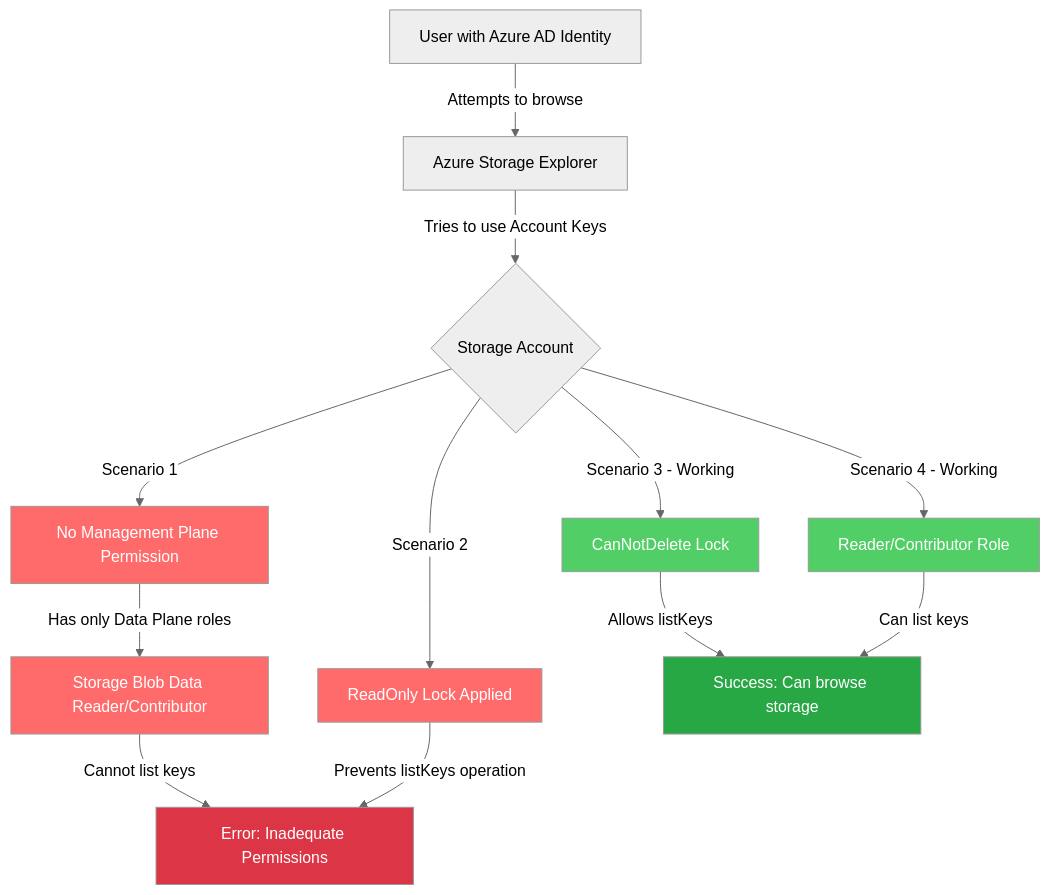
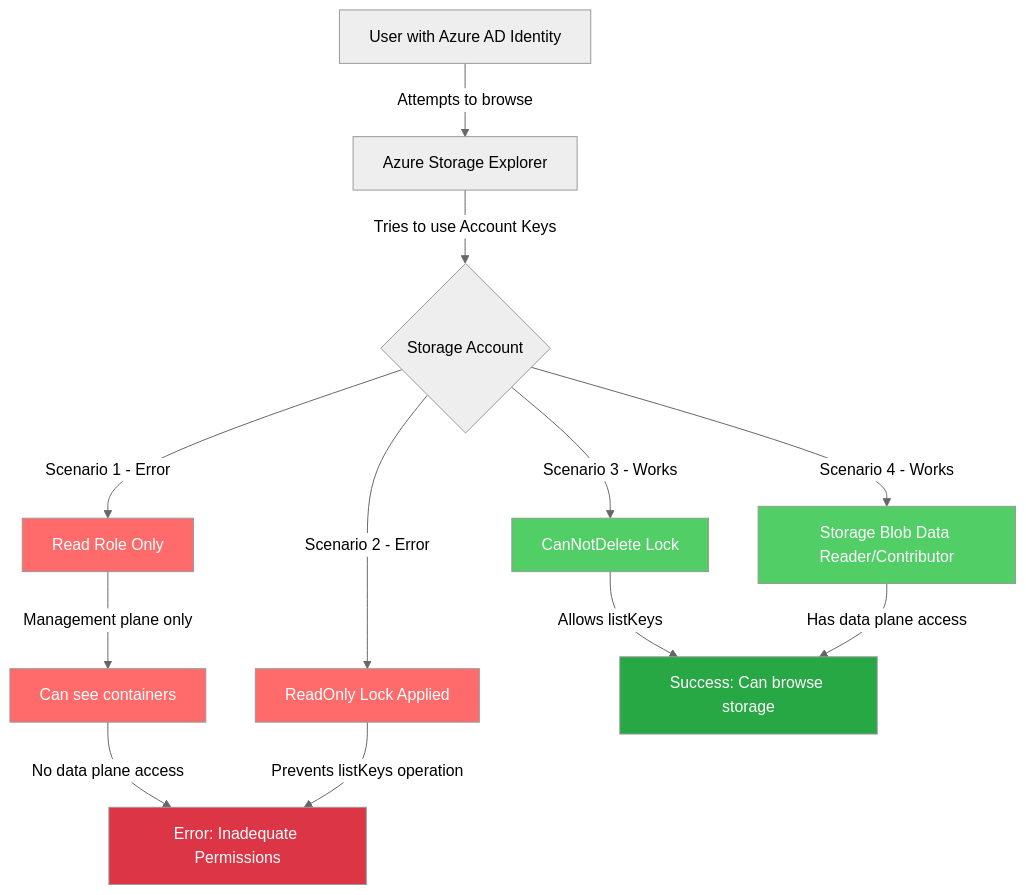
One commit to Greg-T8/LearningAzure changed the diagram in AZ-104/hands-on-labs/storage/lab-storage-explorer-permissions/README.md. Above: the diagram before and after it, drawn with Mermaid (neutral theme). The commit also changed other lines of this file and 6 other files, not shown here.

First line of the commit message:
Add images and enhance README for Azure Storage Explorer permissions lab

````diff
--- a/AZ-104/hands-on-labs/storage/lab-storage-explorer-permissions/README.md
+++ b/AZ-104/hands-on-labs/storage/lab-storage-explorer-permissions/README.md
@@ -46,27 +55,27 @@
 ```mermaid
 graph TD
     A[User with Azure AD Identity] -->|Attempts to browse| B[Azure Storage Explorer]
     B -->|Tries to use Account Keys| C{Storage Account}
     
-    C -->|Scenario 1| D[No Management Plane Permission]
-    C -->|Scenario 2| E[ReadOnly Lock Applied]
+    C -->|Scenario 1 - Error| D[Read Role Only]
+    C -->|Scenario 2 - Error| E[ReadOnly Lock Applied]
     
-    D -->|Has only Data Plane roles| F[Storage Blob Data Reader/Contributor]
-    F -->|Cannot list keys| G[Error: Inadequate Permissions]
+    D -->|Management plane only| F[Can see containers]
+    F -->|No data plane access| G[Error: Inadequate Permissions]
     
     E -->|Prevents listKeys operation| G
     
-    C -->|Scenario 3 - Working| H[CanNotDelete Lock]
+    C -->|Scenario 3 - Works| H[CanNotDelete Lock]
     H -->|Allows listKeys| I[Success: Can browse storage]
     
-    C -->|Scenario 4 - Working| J[Reader/Contributor Role]
-    J -->|Can list keys| I
+    C -->|Scenario 4 - Works| J[Storage Blob Data Reader/Contributor]
+    J -->|Has data plane access| I
 
     style D fill:#ff6b6b,color:#fff
     style E fill:#ff6b6b,color:#fff
     style F fill:#ff6b6b,color:#fff
     style G fill:#dc3545,color:#fff
     style H fill:#51cf66,color:#fff
     style I fill:#28a745,color:#fff
     style J fill:#51cf66,color:#fff
 ```
````
